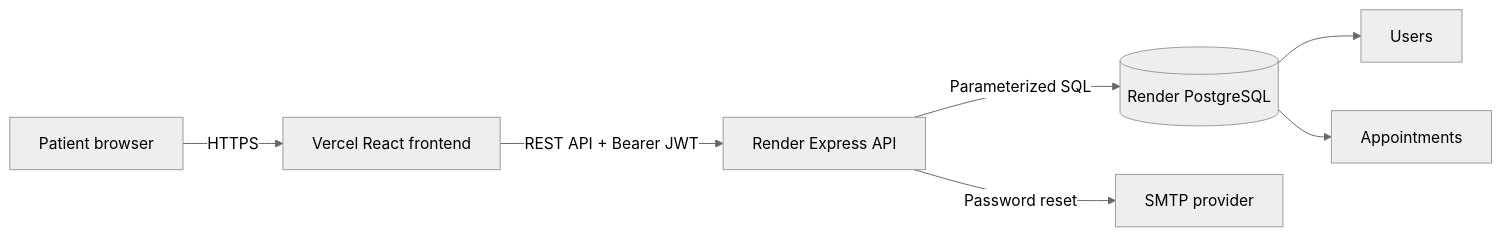
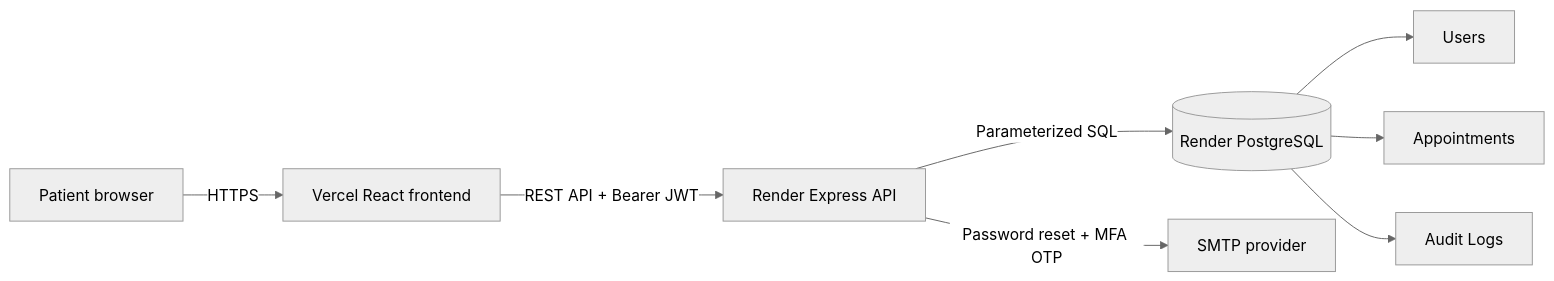
The diagram in README.md (NavyaThellapati/mychart---homepage), drawn with Mermaid (neutral theme) before and after one commit. The commit also changed other lines of this file and 14 other files, not shown here.

````diff
--- a/README.md
+++ b/README.md
@@ -55,9 +59,10 @@
 ```mermaid
 flowchart LR
     U[Patient browser] -->|HTTPS| V[Vercel React frontend]
     V -->|REST API + Bearer JWT| R[Render Express API]
     R -->|Parameterized SQL| P[(Render PostgreSQL)]
-    R -->|Password reset| S[SMTP provider]
+    R -->|Password reset + MFA OTP| S[SMTP provider]
     P --> US[Users]
     P --> AP[Appointments]
+    P --> AU[Audit Logs]
 ```
````
